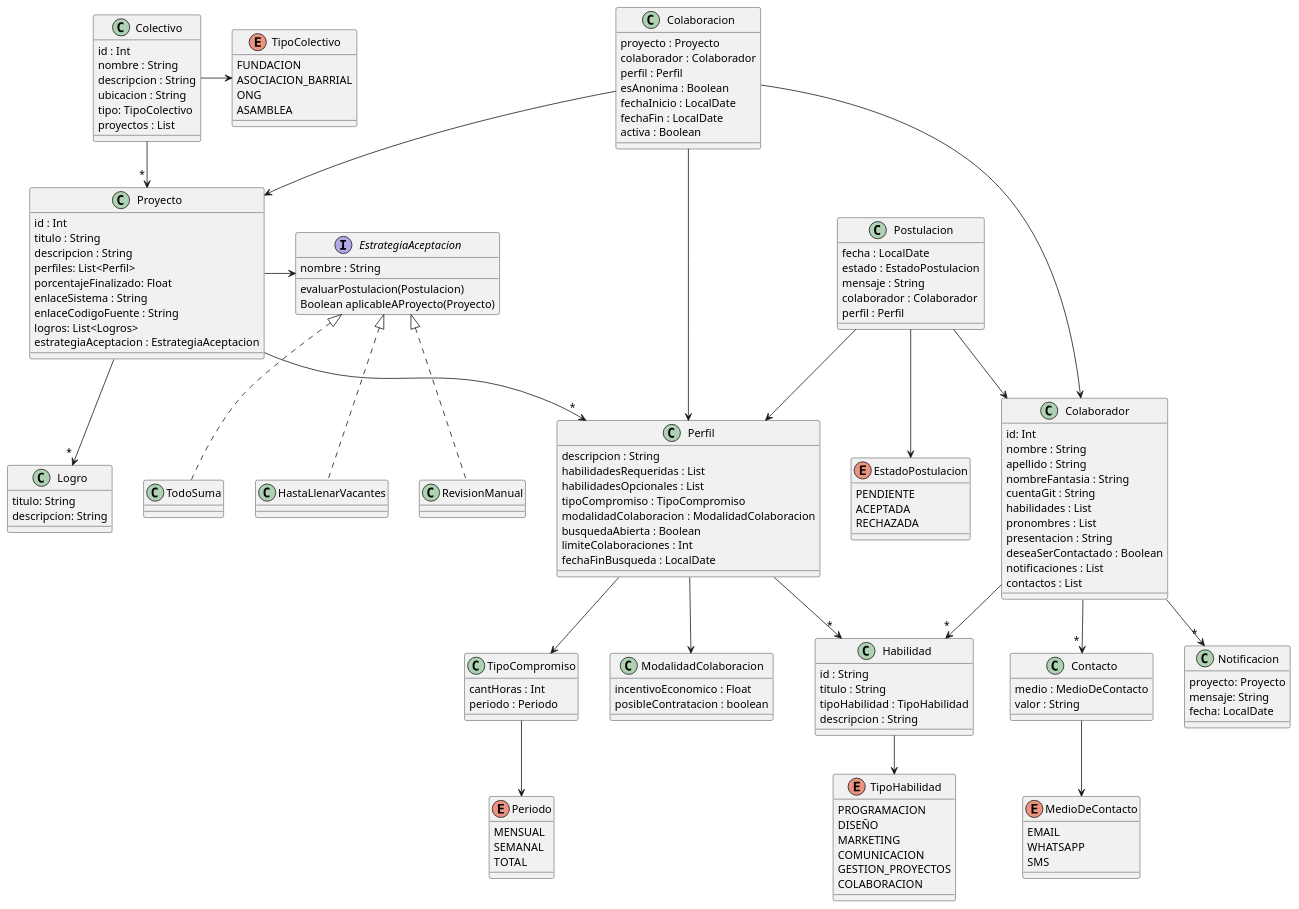
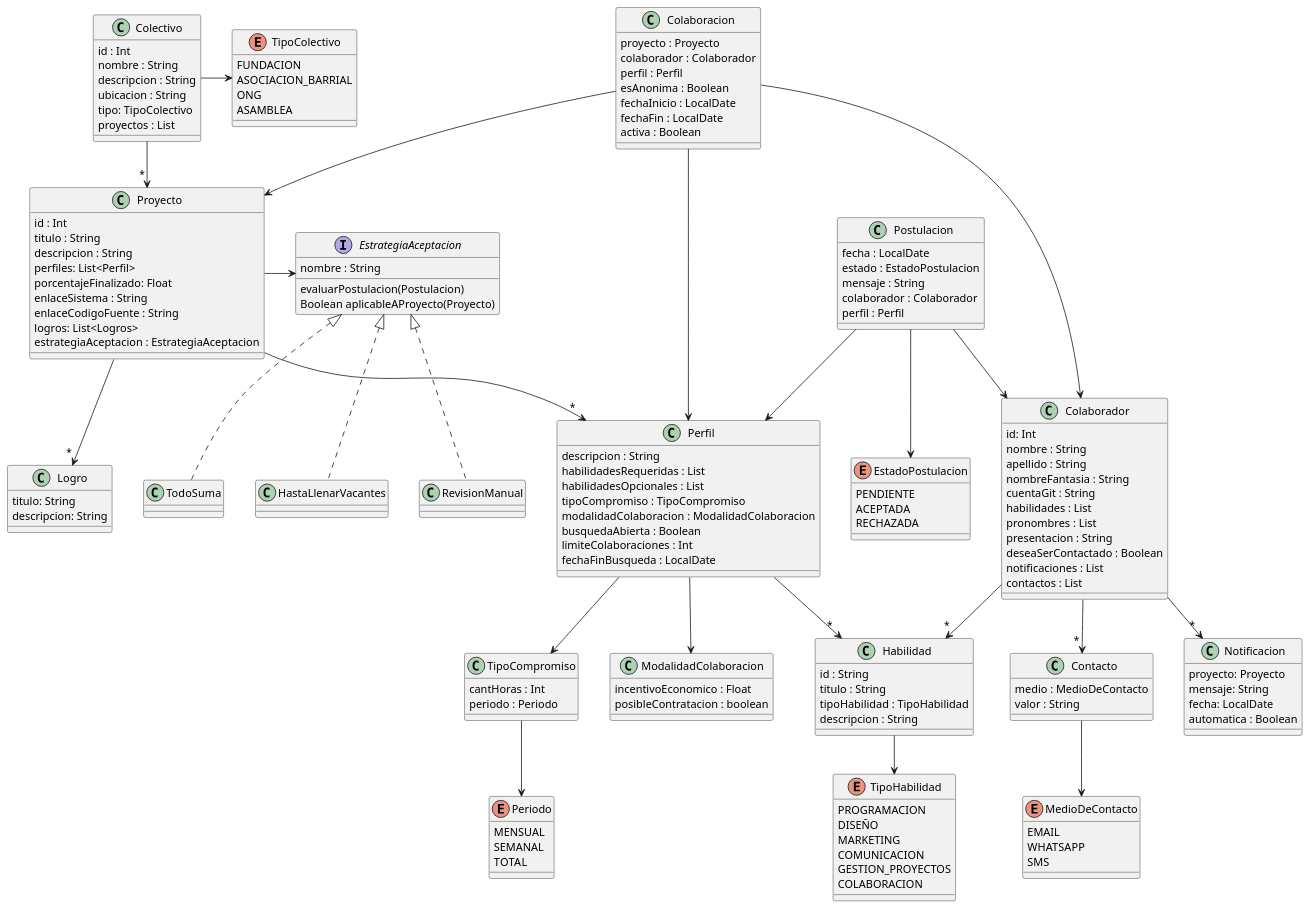
One commit to luchoetapia/tp_ddso_grupo_4 changed the diagram in diagramaDeClases.puml. Above: the diagram before and after it, drawn with PlantUML. The commit also changed 6 other files, not shown here.

```diff
--- a/diagramaDeClases.puml
+++ b/diagramaDeClases.puml
@@ -117,6 +117,7 @@
   proyecto: Proyecto
   mensaje: String
   fecha: LocalDate
+  automatica : Boolean
 }
 
 
```
